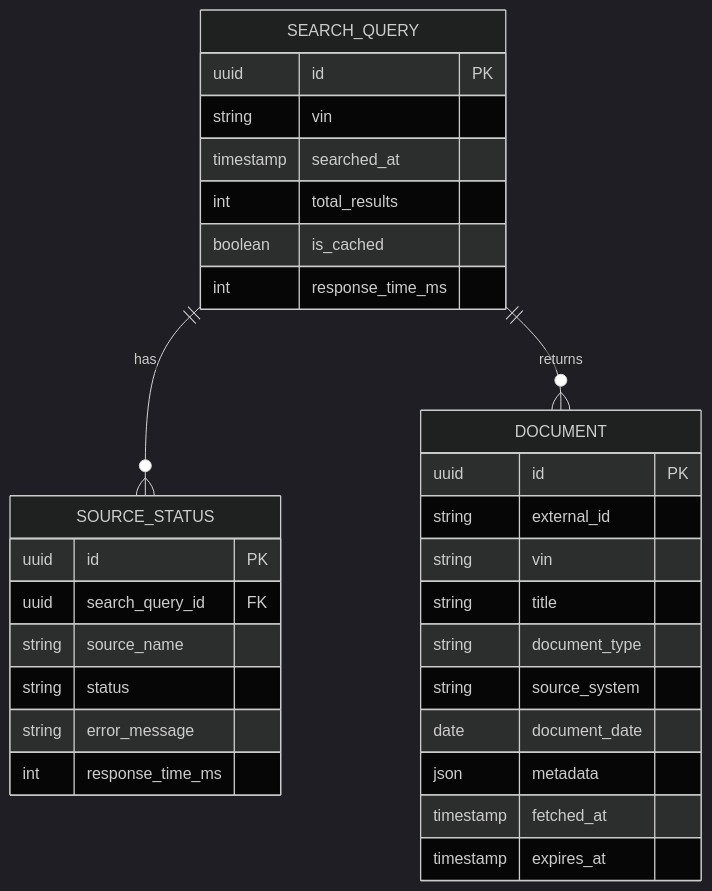
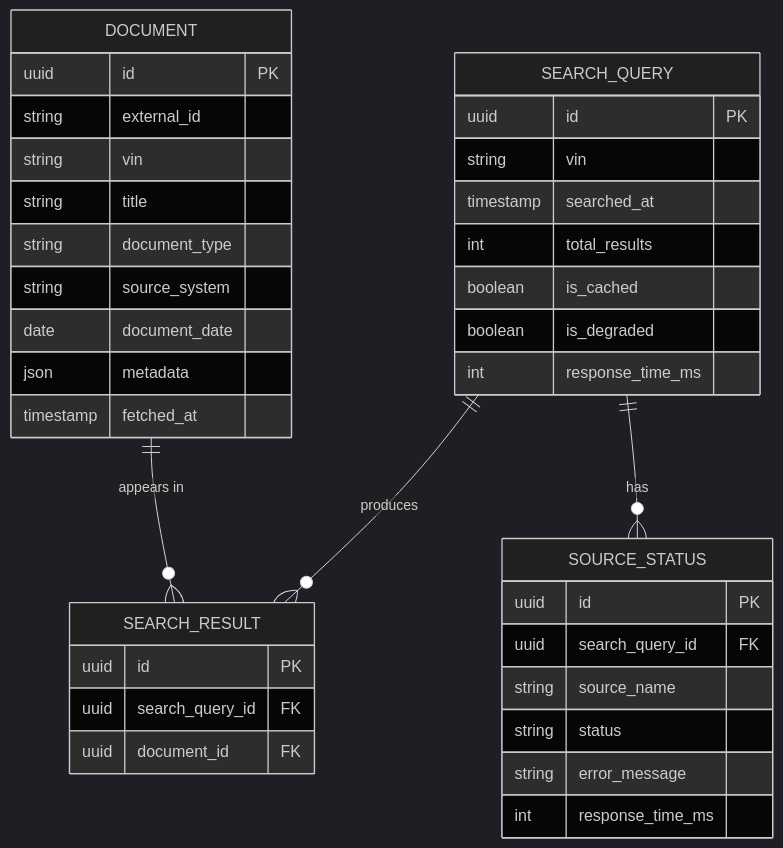
Before and after one commit to Hodnduy/unified-document-viewer: the fourth of 5 diagrams in docs/SYSTEM_DESIGN.md, drawn with Mermaid (dark theme). The commit also changed other lines of this file, not shown here.

````diff
--- a/docs/SYSTEM_DESIGN.md
+++ b/docs/SYSTEM_DESIGN.md
@@ -313,36 +390,43 @@
 ```mermaid
 erDiagram
     SEARCH_QUERY {
         uuid id PK
         string vin
         timestamp searched_at
         int total_results
         boolean is_cached
+        boolean is_degraded
         int response_time_ms
     }
 
     DOCUMENT {
         uuid id PK
         string external_id
         string vin
         string title
         string document_type
         string source_system
         date document_date
         json metadata
         timestamp fetched_at
-        timestamp expires_at
+    }
+
+    SEARCH_RESULT {
+        uuid id PK
+        uuid search_query_id FK
+        uuid document_id FK
     }
 
     SOURCE_STATUS {
         uuid id PK
         uuid search_query_id FK
         string source_name
         string status
         string error_message
         int response_time_ms
     }
 
+    SEARCH_QUERY ||--o{ SEARCH_RESULT : "produces"
+    DOCUMENT ||--o{ SEARCH_RESULT : "appears in"
     SEARCH_QUERY ||--o{ SOURCE_STATUS : "has"
-    SEARCH_QUERY ||--o{ DOCUMENT : "returns"
 ```
````
